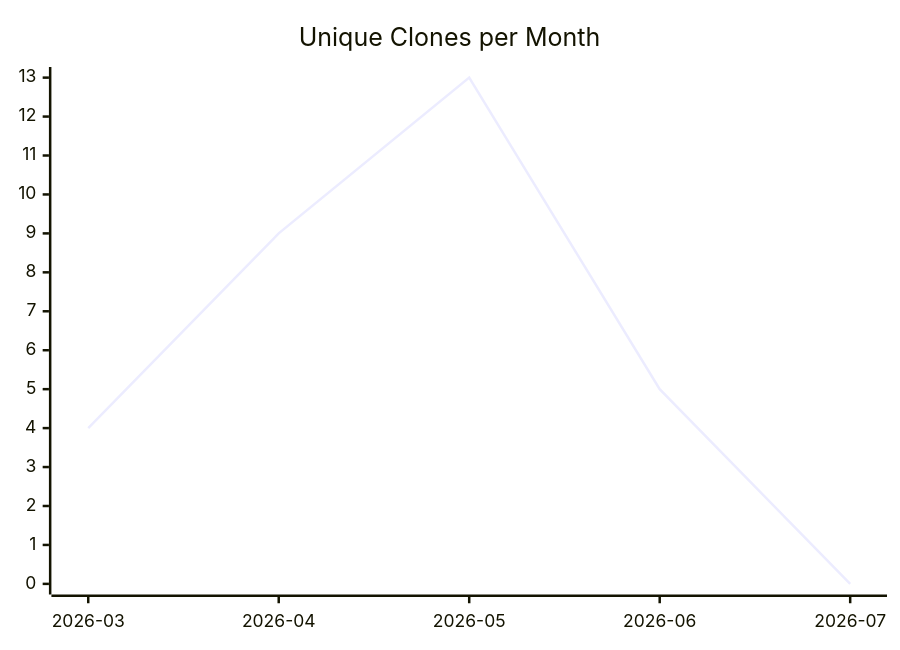
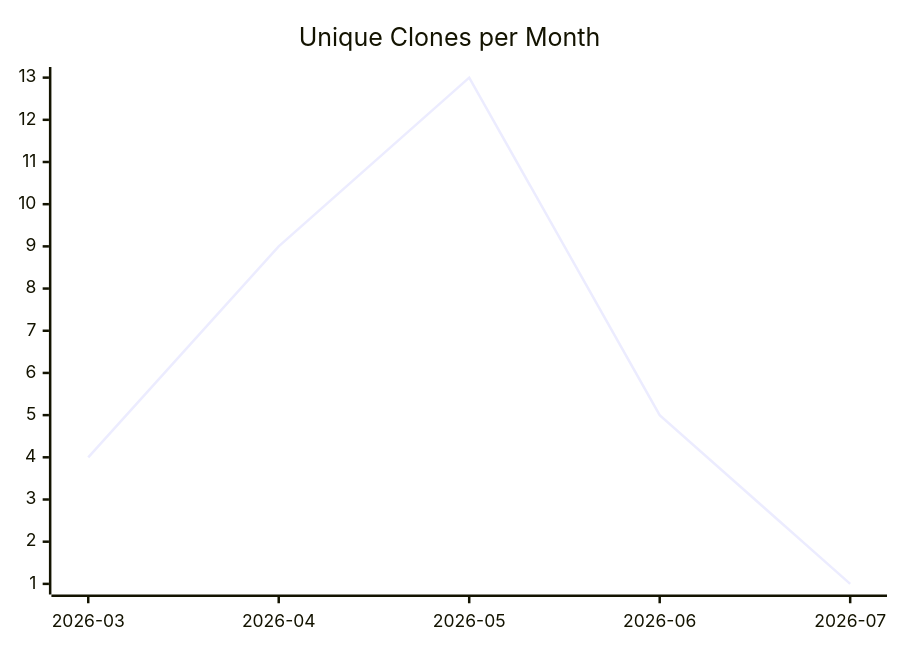
The third of 3 diagrams in karlmdavis/justdavis-puppet/README.md (justdavis-family/github-analytics-data), drawn with Mermaid before and after one commit. The commit also changed other lines of this file and 185 other files, not shown here.

````diff
--- a/karlmdavis/justdavis-puppet/README.md
+++ b/karlmdavis/justdavis-puppet/README.md
@@ -19,6 +19,6 @@
 ```mermaid
 xychart-beta
   title "Unique Clones per Month"
   x-axis ["2026-03", "2026-04", "2026-05", "2026-06", "2026-07"]
-  line [4, 9, 13, 5, 0]
+  line [4, 9, 13, 5, 1]
 ```
````
